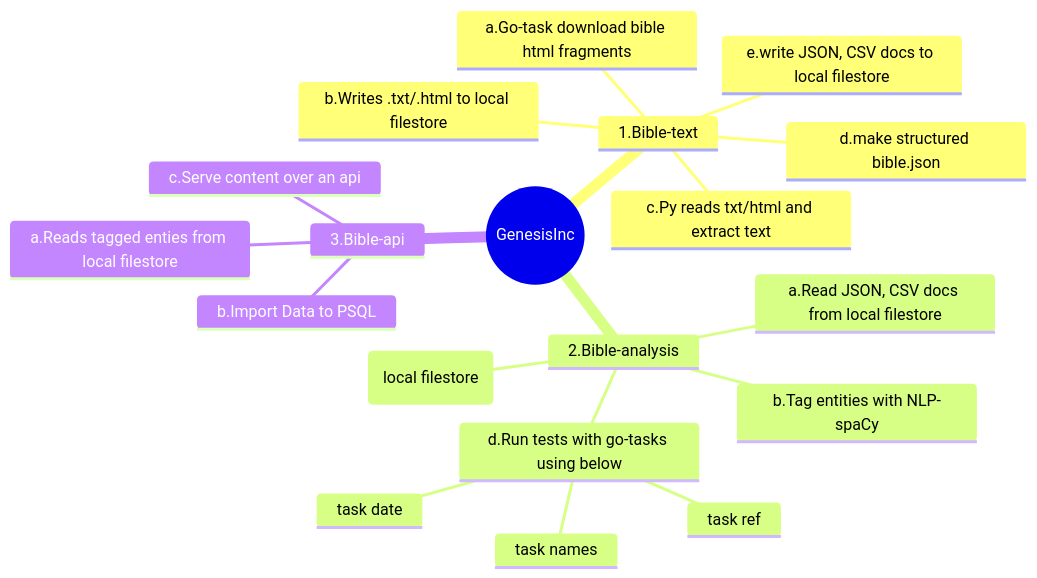
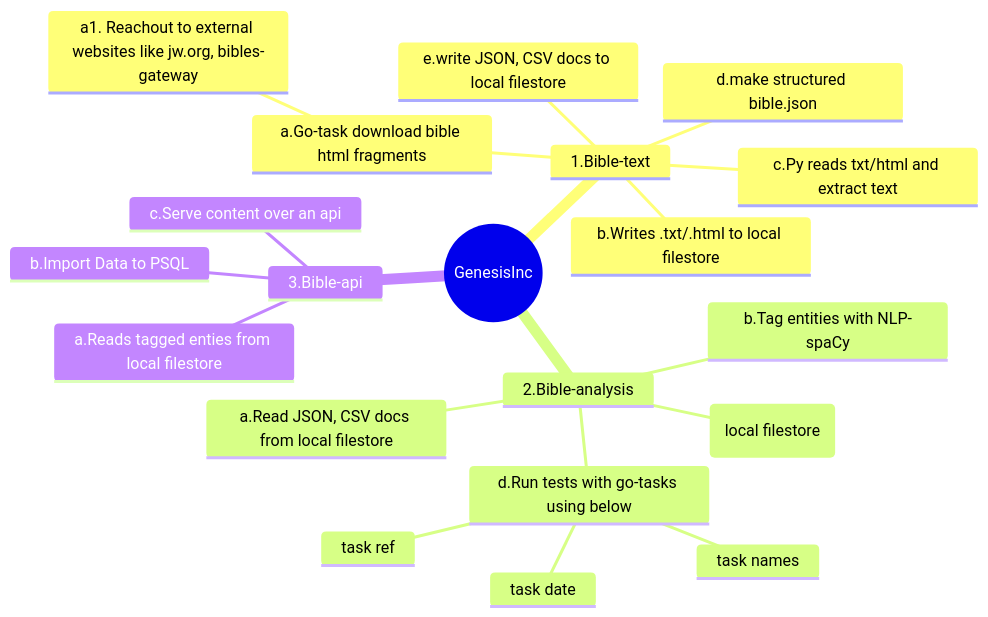
One commit to GenesisInc/bible-text changed the diagram in README.md. Above: the diagram before and after it, drawn with Mermaid. The commit also changed 13 other files, not shown here.

````diff
--- a/README.md
+++ b/README.md
@@ -9,23 +9,24 @@
 ```mermaid
 mindmap
     root((GenesisInc))
         1.Bible-text
             a.Go-task download bible html fragments
             ::icon(fa fa-book)
+                a1. Reachout to external websites like jw.org, bibles-gateway
             b.Writes .txt/.html to local filestore
             c.Py reads txt/html and extract text
             d.make structured bible.json
             e.write JSON, CSV docs to local filestore
         2.Bible-analysis
             a.Read JSON, CSV docs from local filestore
             b.Tag entities with NLP-spaCy
             c.Write tagged entites to CSV (local filestore)
             d.Run tests with go-tasks using below
                 task ref
                 task names
                 task date
         3.Bible-api
             a.Reads tagged enties from local filestore
             b.Import Data to PSQL
             c.Serve content over an api
 ```
````
